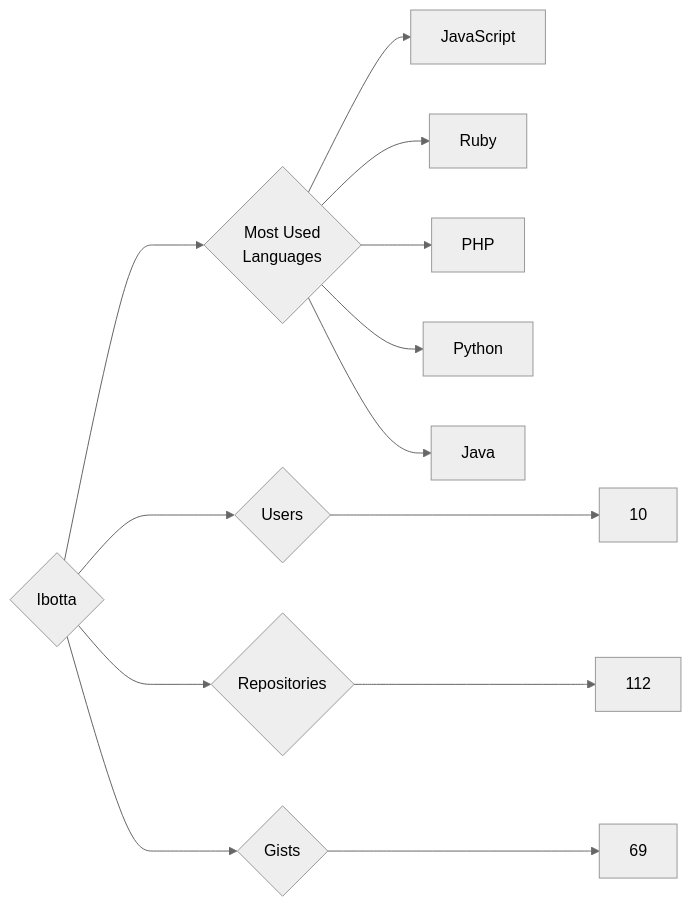
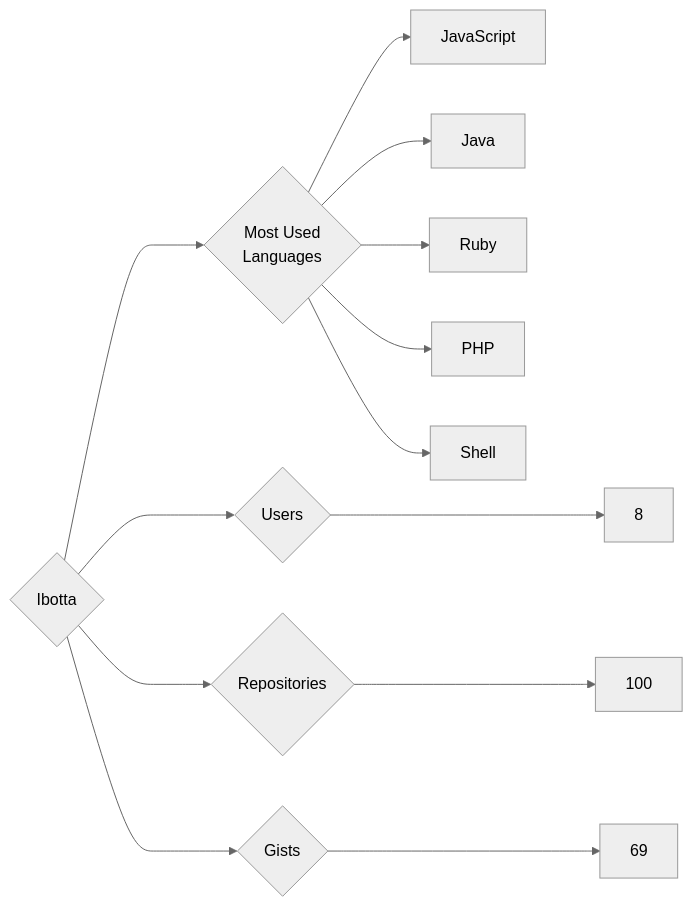
One commit to trickest/insiders changed the diagram in targets/Ibotta/README.md. Above: the diagram before and after it, drawn with Mermaid (neutral theme). The commit also changed 640 other files, not shown here.

````diff
--- a/targets/Ibotta/README.md
+++ b/targets/Ibotta/README.md
@@ -3,13 +3,13 @@
 ```mermaid
 graph LR
 COMPANY_NAME{Ibotta}
-COMPANY_NAME ---> U{Users} ---> UN[10]
-COMPANY_NAME ---> R{Repositories} ---> RN[112]
+COMPANY_NAME ---> U{Users} ---> UN[8]
+COMPANY_NAME ---> R{Repositories} ---> RN[100]
 COMPANY_NAME ---> G{Gists} ---> GN[69]
 COMPANY_NAME ---> ML{Most Used<br>Languages}
 ML --> JavaScript[JavaScript]
+ML --> Java[Java]
 ML --> Ruby[Ruby]
 ML --> PHP[PHP]
-ML --> Python[Python]
-ML --> Java[Java]
+ML --> Shell[Shell]
 ```
````
